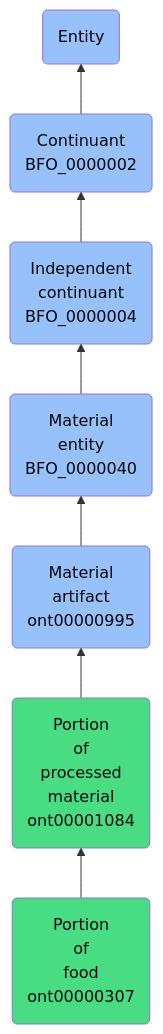
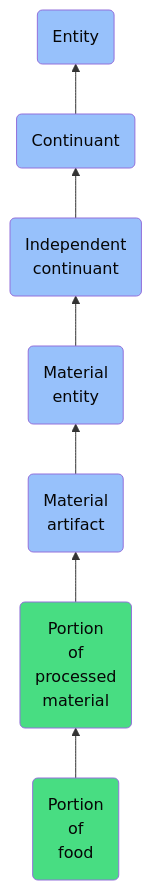
One commit to jupyter-naas/abi changed the diagram in docs/ontology/reference/model/Entity/Continuant/Independent continuant/Material entity/Material artifact/Portion of processed material/Portion of food/Portion of food.md. Above: the diagram before and after it, drawn with Mermaid. The commit also changed other lines of this file and 1430 other files, not shown here.

````diff
--- a/docs/ontology/reference/model/Entity/Continuant/Independent continuant/Material entity/Material artifact/Portion of processed material/Portion of food/Portion of food.md
+++ b/docs/ontology/reference/model/Entity/Continuant/Independent continuant/Material entity/Material artifact/Portion of processed material/Portion of food/Portion of food.md
@@ -24,14 +24,14 @@
 ```mermaid
 graph BT
-    ont00000307(Portion<br>of<br>food<br>ont00000307):::ABI-->ont00001084
-    ont00001084(Portion<br>of<br>processed<br>material<br>ont00001084):::ABI-->ont00000995
-    ont00000995(Material<br>artifact<br>ont00000995):::BFO-->BFO_0000040
-    BFO_0000040(Material<br>entity<br>BFO_0000040):::BFO-->BFO_0000004
-    BFO_0000004(Independent<br>continuant<br>BFO_0000004):::BFO-->BFO_0000002
-    BFO_0000002(Continuant<br>BFO_0000002):::BFO-->BFO_0000001
+    ont00000307(Portion<br>of<br>food):::ABI-->ont00001084
+    ont00001084(Portion<br>of<br>processed<br>material):::ABI-->ont00000995
+    ont00000995(Material<br>artifact):::BFO-->BFO_0000040
+    BFO_0000040(Material<br>entity):::BFO-->BFO_0000004
+    BFO_0000004(Independent<br>continuant):::BFO-->BFO_0000002
+    BFO_0000002(Continuant):::BFO-->BFO_0000001
     BFO_0000001(Entity):::BFO
     
     classDef BFO fill:#97c1fb,color:#060606
     classDef CCO fill:#e4c51e,color:#060606
     classDef ABI fill:#48DD82,color:#060606
 ```
````
